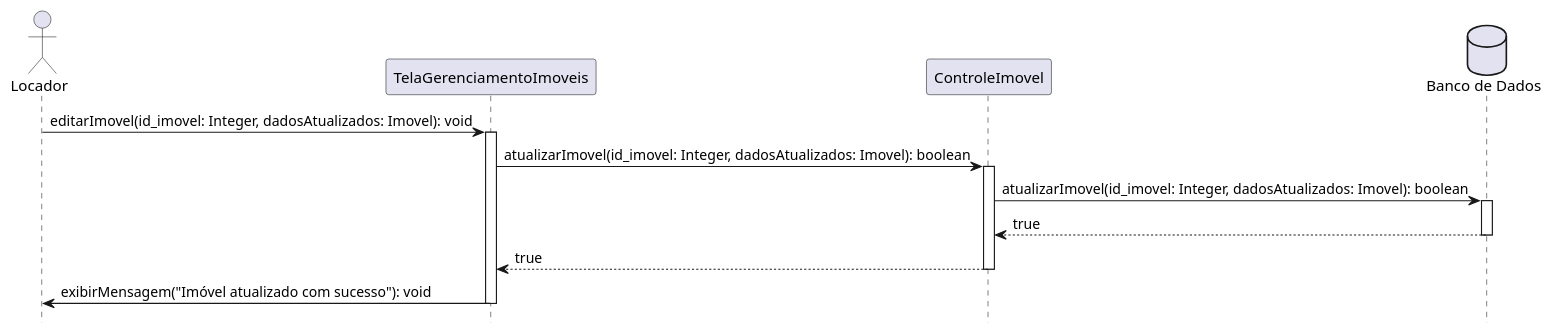
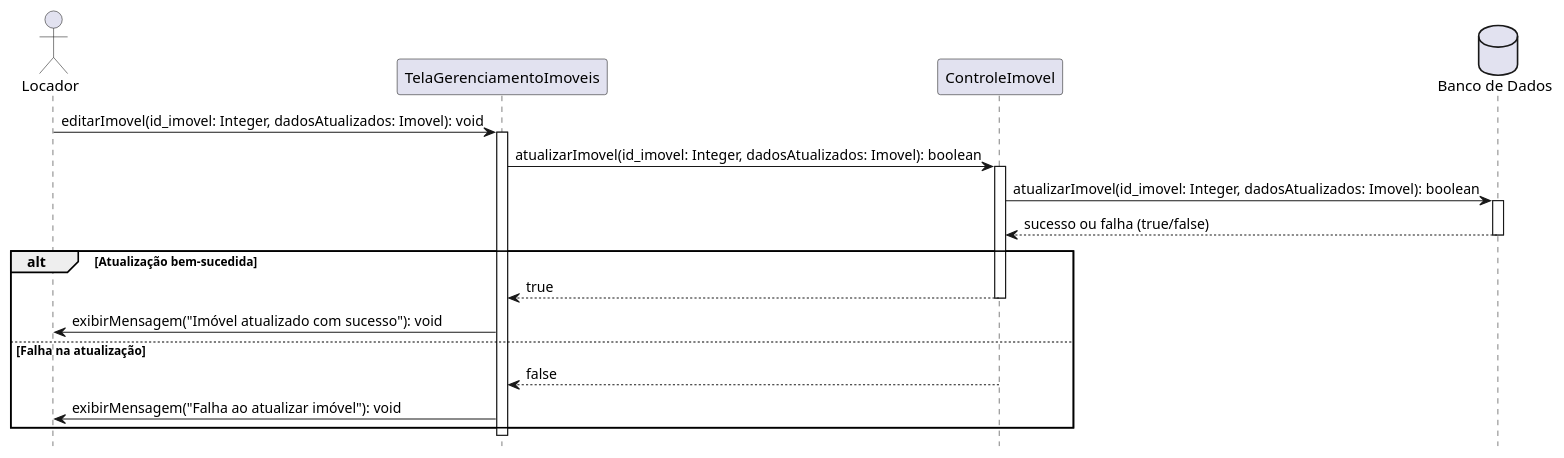
The diagram in sequencialocadorEDITAR.iuml (clarameira/SistemaImoveis), drawn with PlantUML before and after one commit. The commit also changed 3 other files, not shown here.

Commit message:
Diagramas de Sequencia de Locador com Fluxo Alternativo

```diff
--- a/sequencialocadorEDITAR.iuml
+++ b/sequencialocadorEDITAR.iuml
@@ -1,25 +1,33 @@
 @startuml "Editar Imóvel"
 hide footbox
 
 actor Locador as locador
 participant "TelaGerenciamentoImoveis" as tela_gerenciamento
 participant "ControleImovel" as controle_imoveis
 database "Banco de Dados" as bd
 
 locador -> tela_gerenciamento: editarImovel(id_imovel: Integer, dadosAtualizados: Imovel): void
 activate tela_gerenciamento
+
 tela_gerenciamento -> controle_imoveis: atualizarImovel(id_imovel: Integer, dadosAtualizados: Imovel): boolean
 activate controle_imoveis
 
 controle_imoveis -> bd: atualizarImovel(id_imovel: Integer, dadosAtualizados: Imovel): boolean
 activate bd
-bd --> controle_imoveis: true
+
+bd --> controle_imoveis: sucesso ou falha (true/false)
 deactivate bd
 
-controle_imoveis --> tela_gerenciamento: true
-deactivate controle_imoveis
+alt Atualização bem-sucedida
+    controle_imoveis --> tela_gerenciamento: true
+    deactivate controle_imoveis
+    tela_gerenciamento -> locador: exibirMensagem("Imóvel atualizado com sucesso"): void
+else Falha na atualização
+    controle_imoveis --> tela_gerenciamento: false
+    deactivate controle_imoveis
+    tela_gerenciamento -> locador: exibirMensagem("Falha ao atualizar imóvel"): void
+end
 
-tela_gerenciamento -> locador: exibirMensagem("Imóvel atualizado com sucesso"): void
 deactivate tela_gerenciamento
 
 @enduml
```
